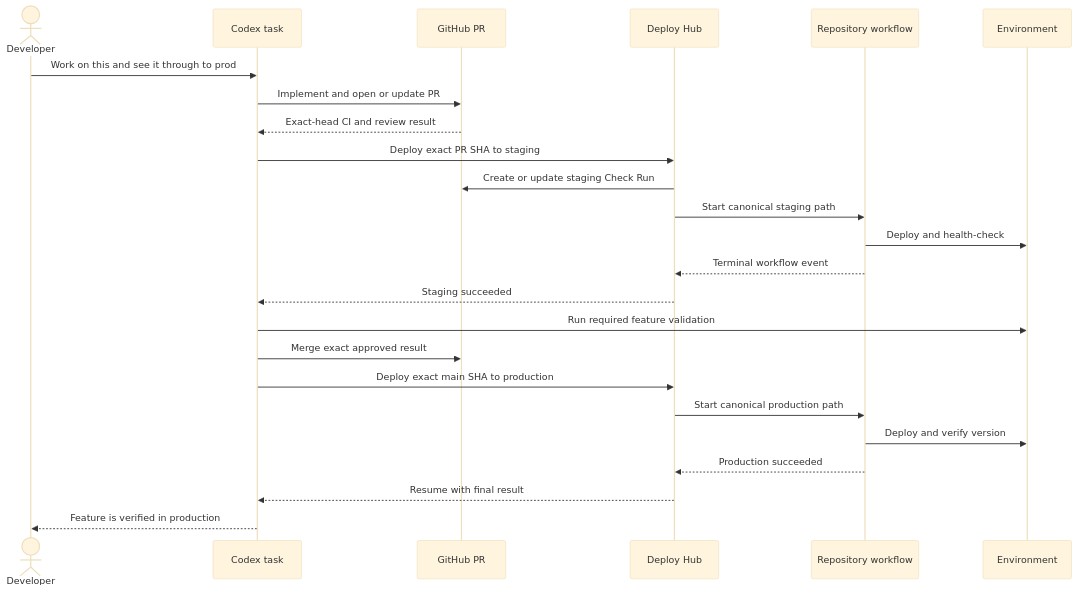
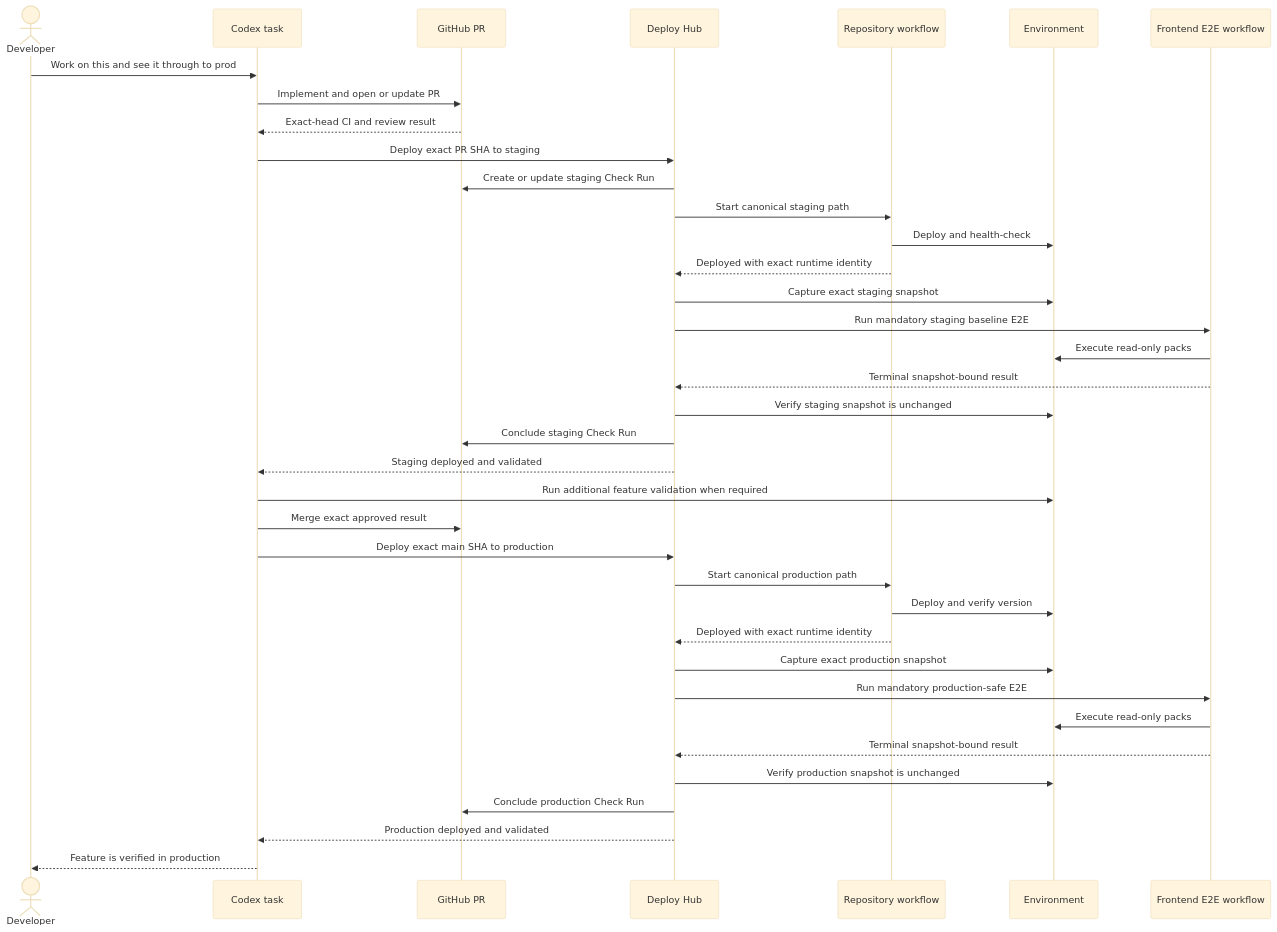
The diagram in docs/diagrams/agent-to-production-sequence.mmd (6529-Collections/deploy-hub), drawn with Mermaid (base theme) before and after one commit. The commit also changed 13 other files, not shown here.

```diff
--- a/docs/diagrams/agent-to-production-sequence.mmd
+++ b/docs/diagrams/agent-to-production-sequence.mmd
@@ -1,25 +1,38 @@
 sequenceDiagram
     actor D as Developer
     participant A as Codex task
     participant G as GitHub PR
     participant H as Deploy Hub
     participant W as Repository workflow
     participant E as Environment
+    participant V as Frontend E2E workflow
 
     D->>A: Work on this and see it through to prod
     A->>G: Implement and open or update PR
     G-->>A: Exact-head CI and review result
     A->>H: Deploy exact PR SHA to staging
     H->>G: Create or update staging Check Run
     H->>W: Start canonical staging path
     W->>E: Deploy and health-check
-    W-->>H: Terminal workflow event
-    H-->>A: Staging succeeded
-    A->>E: Run required feature validation
+    W-->>H: Deployed with exact runtime identity
+    H->>E: Capture exact staging snapshot
+    H->>V: Run mandatory staging baseline E2E
+    V->>E: Execute read-only packs
+    V-->>H: Terminal snapshot-bound result
+    H->>E: Verify staging snapshot is unchanged
+    H->>G: Conclude staging Check Run
+    H-->>A: Staging deployed and validated
+    A->>E: Run additional feature validation when required
     A->>G: Merge exact approved result
     A->>H: Deploy exact main SHA to production
     H->>W: Start canonical production path
     W->>E: Deploy and verify version
-    W-->>H: Production succeeded
-    H-->>A: Resume with final result
+    W-->>H: Deployed with exact runtime identity
+    H->>E: Capture exact production snapshot
+    H->>V: Run mandatory production-safe E2E
+    V->>E: Execute read-only packs
+    V-->>H: Terminal snapshot-bound result
+    H->>E: Verify production snapshot is unchanged
+    H->>G: Conclude production Check Run
+    H-->>A: Production deployed and validated
     A-->>D: Feature is verified in production
```
